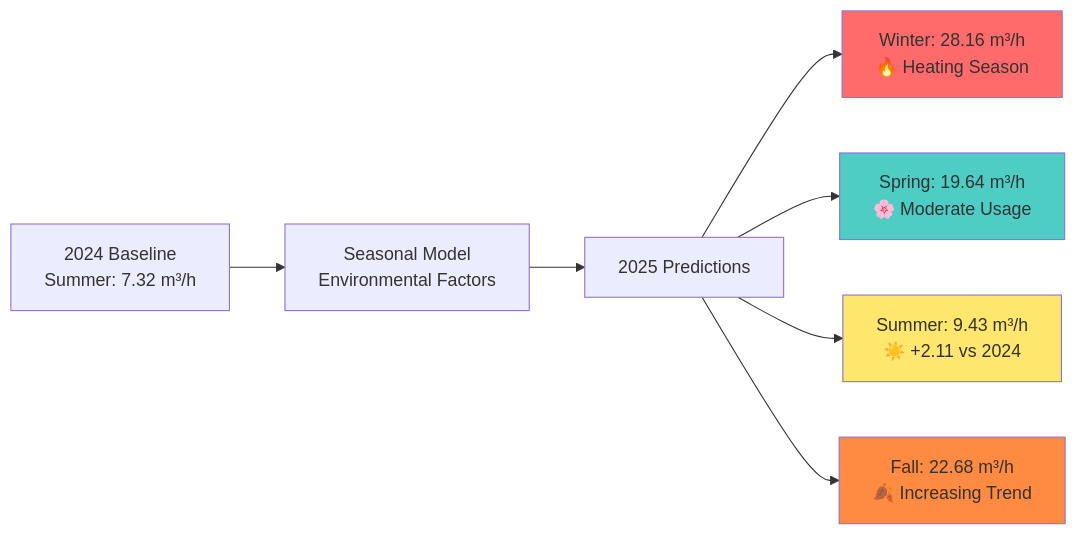
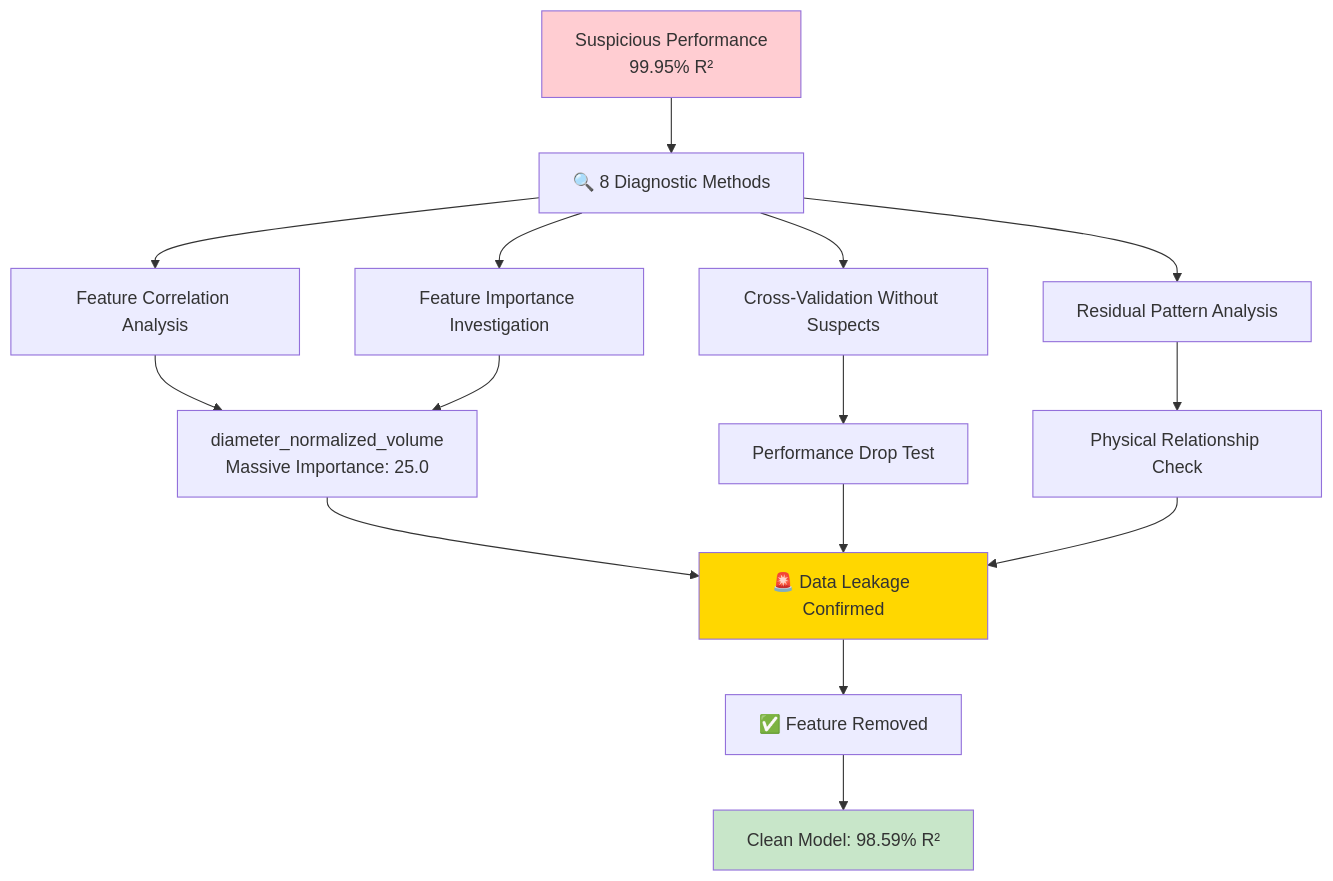
Before and after one commit to GameHelix/centipede: the ninth of 13 diagrams in README.md, drawn with Mermaid. The commit also changed other lines of this file, not shown here.

````diff
--- a/README.md
+++ b/README.md
@@ -231,14 +320,24 @@
 ```mermaid
-flowchart LR
-    A[2024 Baseline<br/>Summer: 7.32 m³/h] --> B[Seasonal Model<br/>Environmental Factors]
-    B --> C[2025 Predictions]
-    C --> D[Winter: 28.16 m³/h<br/>🔥 Heating Season]
-    C --> E[Spring: 19.64 m³/h<br/>🌸 Moderate Usage]  
-    C --> F[Summer: 9.43 m³/h<br/>☀️ +2.11 vs 2024]
-    C --> G[Fall: 22.68 m³/h<br/>🍂 Increasing Trend]
+flowchart TD
+    A[Suspicious Performance<br/>99.95% R²] --> B[🔍 8 Diagnostic Methods]
+    B --> C[Feature Correlation Analysis]
+    B --> D[Feature Importance Investigation]
+    B --> E[Cross-Validation Without Suspects]
+    B --> F[Residual Pattern Analysis]
     
-    style D fill:#ff6b6b
-    style E fill:#4ecdc4
-    style F fill:#ffe66d
-    style G fill:#ff8b42
+    C --> G[diameter_normalized_volume<br/>Massive Importance: 25.0]
+    D --> G
+    E --> H[Performance Drop Test]
+    F --> I[Physical Relationship Check]
+    
+    G --> J[🚨 Data Leakage Confirmed]
+    H --> J
+    I --> J
+    
+    J --> K[✅ Feature Removed]
+    K --> L[Clean Model: 98.59% R²]
+    
+    style A fill:#ffcdd2
+    style J fill:#ffd700
+    style L fill:#c8e6c9
 ```
````
